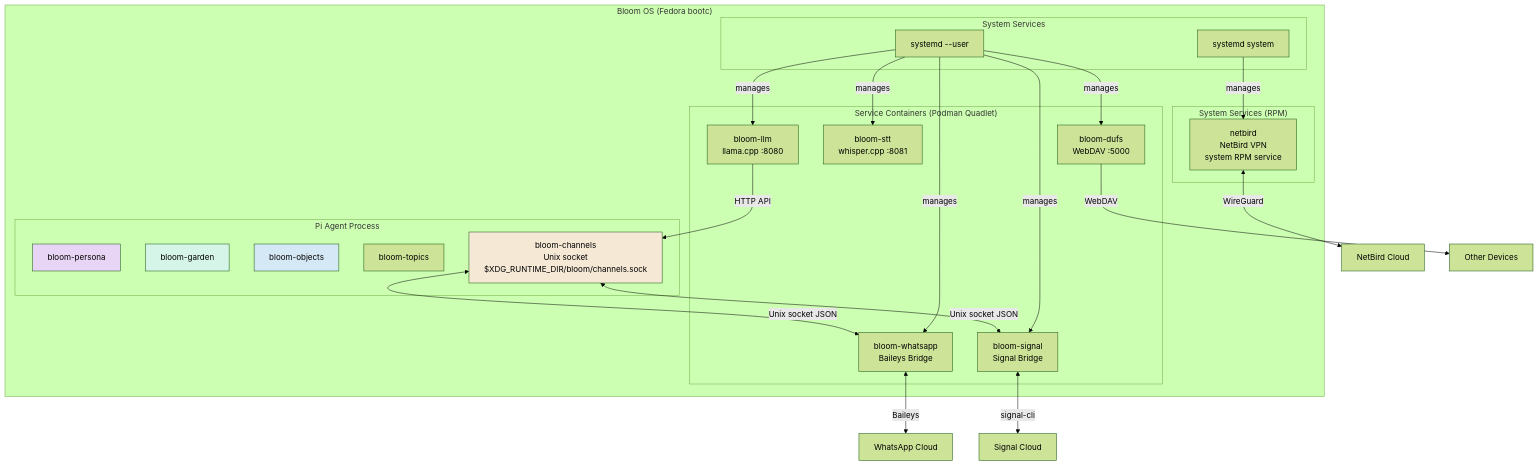
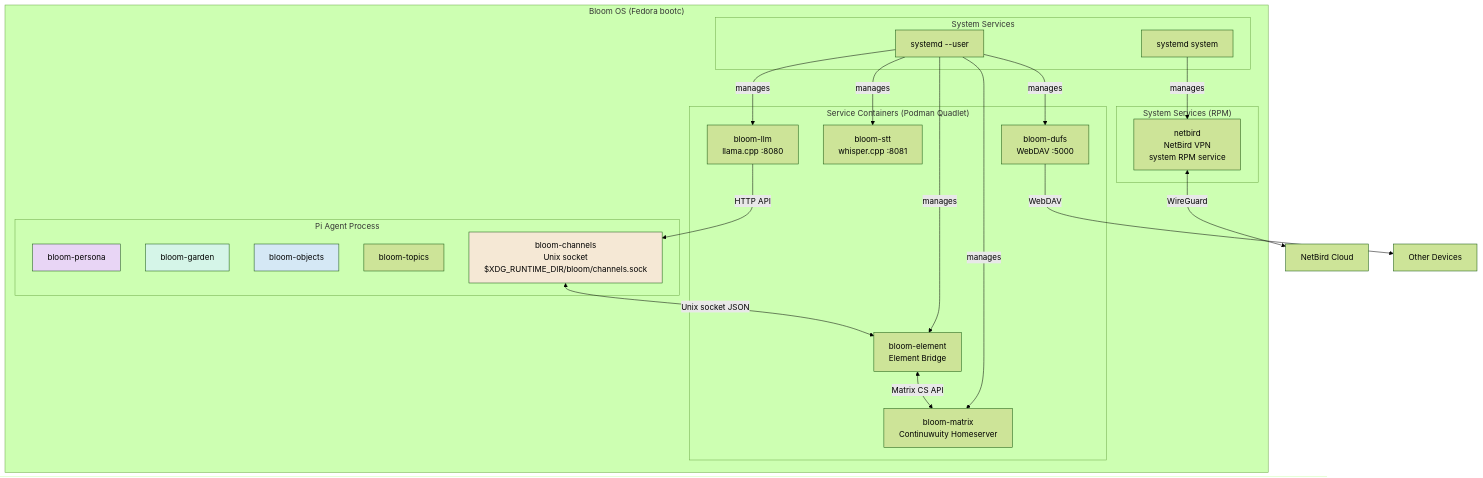
One commit to alexradunet/pibloom changed the second of 5 diagrams in docs/service-architecture.md. Above: the diagram before and after it, drawn with Mermaid (forest theme). The commit also changed other lines of this file and 1 other file, not shown here.

First line of the commit message:
docs: update architecture and channel protocol for Matrix

````diff
--- a/docs/service-architecture.md
+++ b/docs/service-architecture.md
@@ -38,48 +38,46 @@
 ```mermaid
 graph TB
     subgraph "Bloom OS (Fedora bootc)"
         subgraph "Pi Agent Process"
             persona[bloom-persona]
             garden[bloom-garden]
             objects[bloom-objects]
             topics[bloom-topics]
             channels[bloom-channels<br/>Unix socket<br/>$XDG_RUNTIME_DIR/bloom/channels.sock]
         end
 
         subgraph "Service Containers (Podman Quadlet)"
             llm[bloom-llm<br/>llama.cpp :8080]
             stt[bloom-stt<br/>whisper.cpp :8081]
             dufs[bloom-dufs<br/>WebDAV :5000]
-            wa[bloom-whatsapp<br/>Baileys Bridge]
-            signal[bloom-signal<br/>Signal Bridge]
+            element[bloom-element<br/>Element Bridge]
+            matrix[bloom-matrix<br/>Continuwuity Homeserver]
         end
 
         subgraph "System Services (RPM)"
             netbird[netbird<br/>NetBird VPN<br/>system RPM service]
         end
 
         subgraph "System Services"
             systemd[systemd --user]
             systemd_sys[systemd system]
         end
     end
 
-    channels <-->|Unix socket JSON| wa
-    channels <-->|Unix socket JSON| signal
-    wa <-->|Baileys| whatsapp_cloud[WhatsApp Cloud]
-    signal <-->|signal-cli| signal_cloud[Signal Cloud]
+    channels <-->|Unix socket JSON| element
+    element <-->|Matrix CS API| matrix
     llm -->|HTTP API| channels
     netbird <-->|WireGuard| netbird_cloud[NetBird Cloud]
     dufs -->|WebDAV| devices[Other Devices]
-    systemd -->|manages| wa
-    systemd -->|manages| signal
+    systemd -->|manages| element
+    systemd -->|manages| matrix
     systemd -->|manages| llm
     systemd -->|manages| stt
     systemd -->|manages| dufs
     systemd_sys -->|manages| netbird
 
     style persona fill:#e8d5f5
     style garden fill:#d5f5e8
     style objects fill:#d5e8f5
     style channels fill:#f5e8d5
 ```
````
